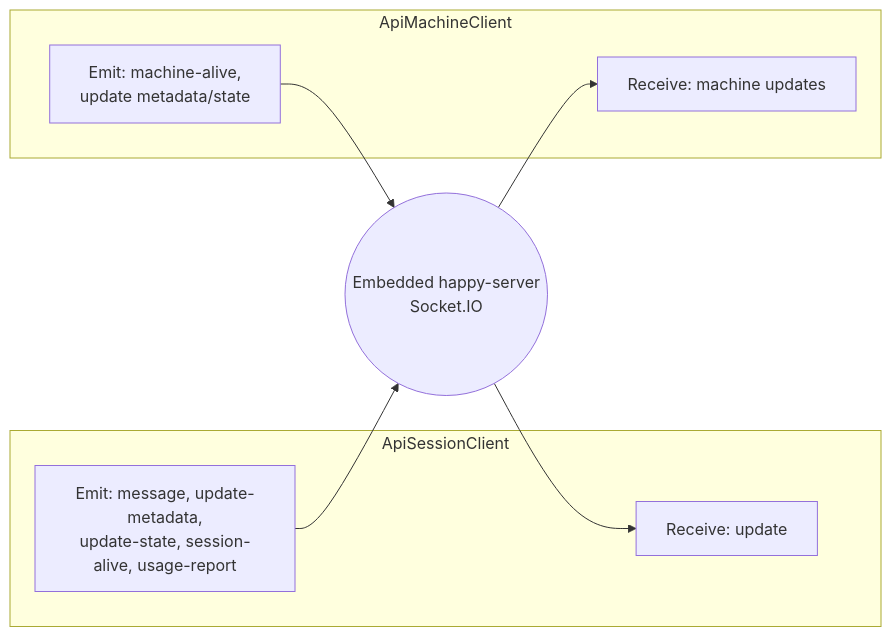
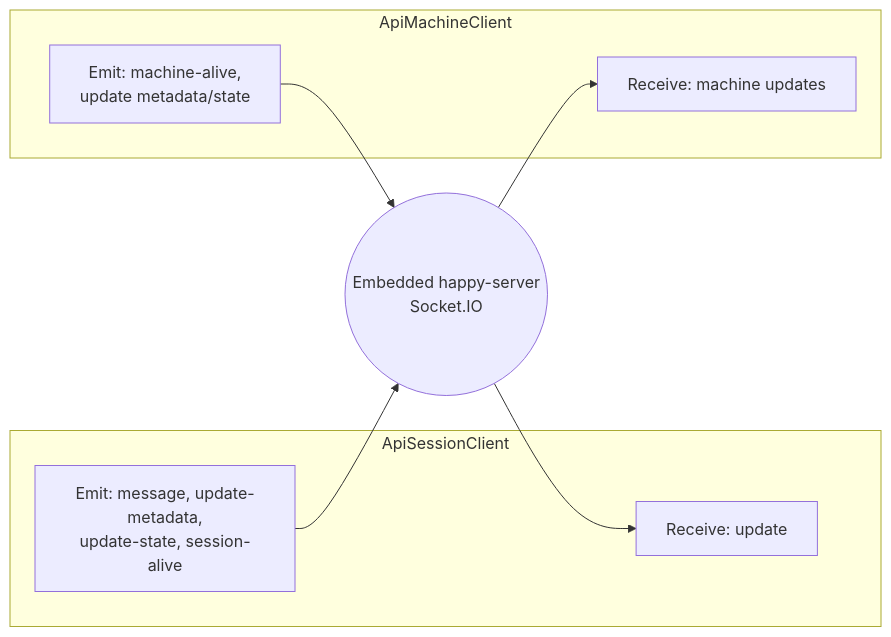
Before and after one commit to Evyatar108/happy: the fifth of 12 diagrams in docs/cli-architecture.md, drawn with Mermaid. The commit also changed other lines of this file and 1 other file, not shown here.

Commit message:
fix: [F-006] - remove stale ECDH/iat-24h and usage-report doc references
Update backend-architecture.md sequence diagram: drop mobileEcdhPublicKey
param, replace nacl.box.before ECDH step with ed25519.sign Happy envelope,
drop x25519PublicKey from response, replace 'iat within 24h' with exp+jti
replay protection description. Update cli-architecture.md: remove usage-report
from ApiSessionClient mermaid diagram and prose emit list.

````diff
--- a/docs/cli-architecture.md
+++ b/docs/cli-architecture.md
@@ -178,15 +178,15 @@
 ```mermaid
 graph LR
     subgraph "ApiSessionClient"
         S_In[Receive: update]
-        S_Out[Emit: message, update-metadata,<br/>update-state, session-alive, usage-report]
+        S_Out[Emit: message, update-metadata,<br/>update-state, session-alive]
     end
 
     subgraph "ApiMachineClient"
         M_In[Receive: machine updates]
         M_Out[Emit: machine-alive,<br/>update metadata/state]
     end
 
     Server((Embedded happy-server<br/>Socket.IO)) --> S_In & M_In
     S_Out & M_Out --> Server
 ```
````
